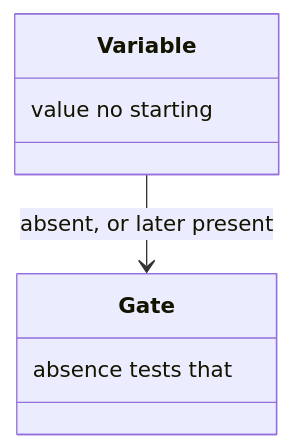
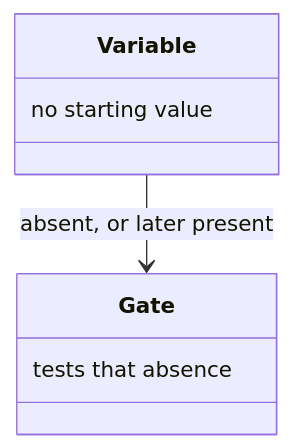
One commit to m2ux/workflow-server changed the tenth of 36 diagrams in docs/state.md. Above: the diagram before and after it, drawn with Mermaid. The commit also changed other lines of this file and 10 other files, not shown here.

Commit message:
Write each class-box note in reading order so the diagram shows the phrase as written.

````diff
--- a/docs/state.md
+++ b/docs/state.md
@@ -165,10 +165,10 @@
 ```mermaid
 classDiagram
   class Variable {
-    value no starting
+    no starting value
   }
   class Gate {
-    absence tests that
+    tests that absence
   }
   Variable --> Gate : absent, or later present
 ```
````
